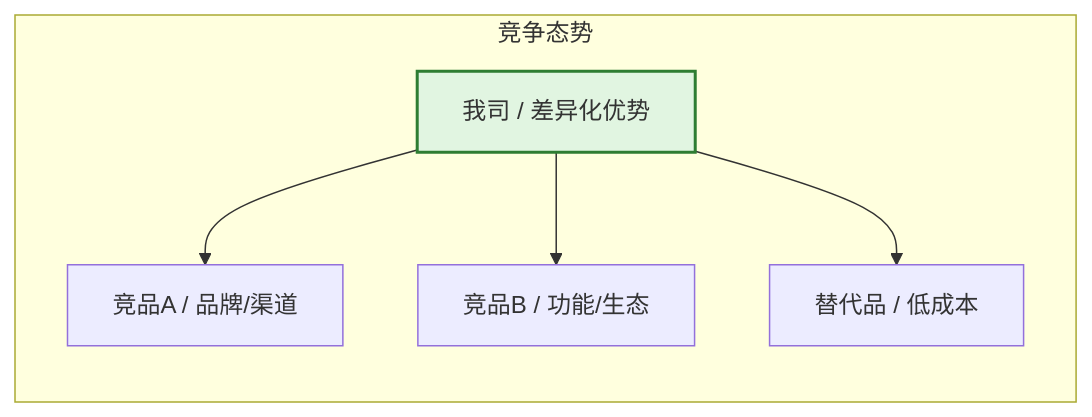
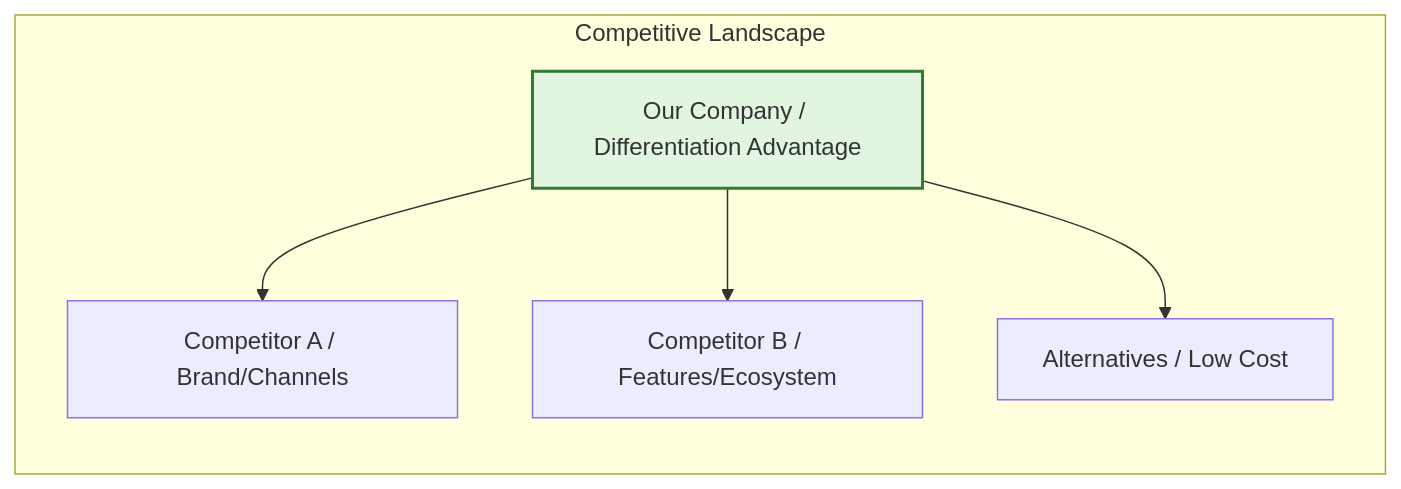
Before and after one commit to Kirky-X/cangjie: the third of 9 diagrams in templates/产品/战略层/【模板】商业需求文档.md, drawn with Mermaid. The commit also changed other lines of this file and 60 other files, not shown here.

````diff
--- a/templates/产品/战略层/【模板】商业需求文档.md
+++ b/templates/产品/战略层/【模板】商业需求文档.md
@@ -172,9 +160,9 @@
 ```mermaid
 flowchart LR
-    subgraph 竞争态势
-        A[我司 / 差异化优势] --> B[竞品A / 品牌/渠道]
-        A --> C[竞品B / 功能/生态]
-        A --> D[替代品 / 低成本]
+    subgraph Competitive Landscape
+        A[Our Company / Differentiation Advantage] --> B[Competitor A / Brand/Channels]
+        A --> C[Competitor B / Features/Ecosystem]
+        A --> D[Alternatives / Low Cost]
     end
     style A fill:#e1f5e1,stroke:#2e7d32,stroke-width:2px
 ```
````
